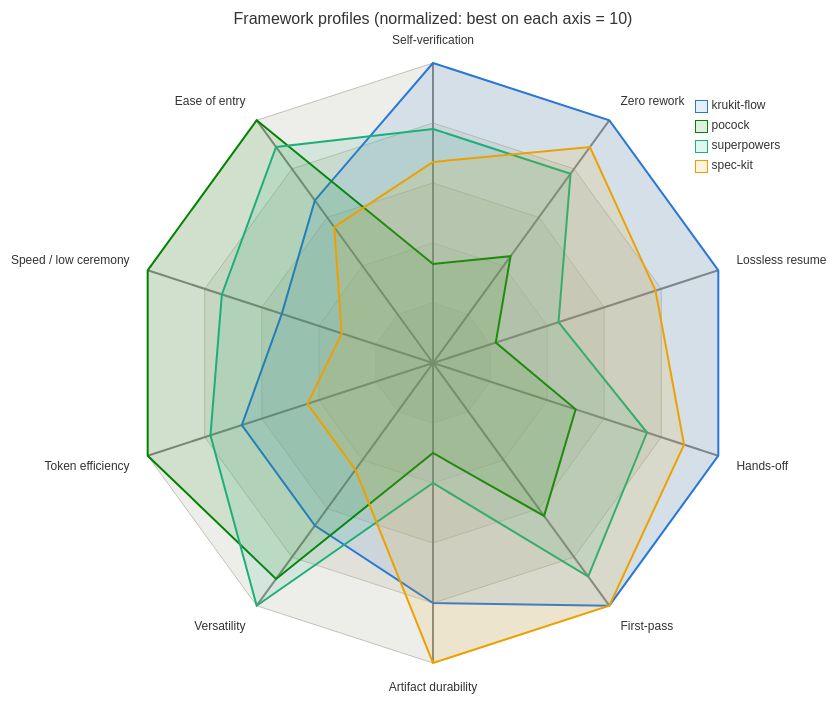
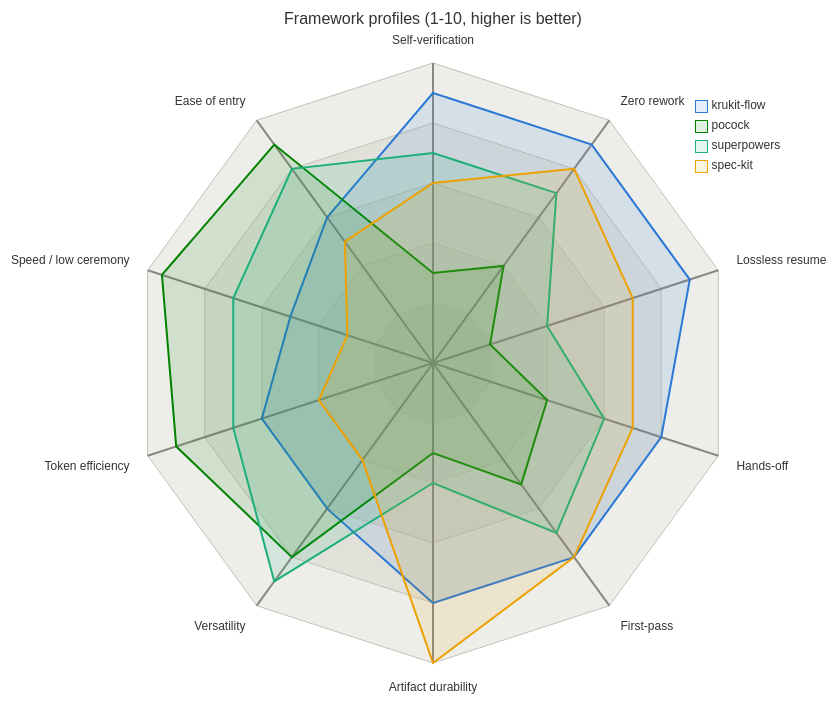
Before and after one commit to Todmy/krukit-flow: the diagram in README.md, drawn with Mermaid. The commit also changed other lines of this file, not shown here.

Commit message:
README radar: absolute 1-10 scores instead of per-axis normalization

````diff
--- a/README.md
+++ b/README.md
@@ -9,26 +9,26 @@
 ```mermaid
 ---
 config:
   theme: base
   themeVariables:
     cScale0: "#2a78d6"
     cScale1: "#008300"
     cScale2: "#1baf7a"
     cScale3: "#eda100"
     radar:
       curveOpacity: 0.12
       graticuleColor: "#c3c2b7"
       axisColor: "#898781"
 ---
 radar-beta
-  title Framework profiles (normalized: best on each axis = 10)
+  title Framework profiles (1-10, higher is better)
   axis sv["Self-verification"], zr["Zero rework"], lr["Lossless resume"], ho["Hands-off"], fp["First-pass"]
   axis ad["Artifact durability"], vs["Versatility"], te["Token efficiency"], sl["Speed / low ceremony"], ee["Ease of entry"]
-  curve k["krukit-flow"]{10, 10, 10, 10, 10, 8, 6.7, 6.7, 5.3, 6.7}
-  curve p["pocock"]{3.3, 4.4, 2.2, 5, 6.3, 3, 8.9, 10, 10, 10}
-  curve s["superpowers"]{7.8, 7.8, 4.4, 7.5, 8.8, 4, 10, 7.8, 7.4, 8.9}
-  curve g["spec-kit"]{6.7, 8.9, 7.8, 8.8, 10, 10, 4.4, 4.4, 3.2, 5.6}
+  curve k["krukit-flow"]{9, 9, 9, 8, 8, 8, 6, 6, 5, 6}
+  curve p["pocock"]{3, 4, 2, 4, 5, 3, 8, 9, 9.5, 9}
+  curve s["superpowers"]{7, 7, 4, 6, 7, 4, 9, 7, 7, 8}
+  curve g["spec-kit"]{6, 8, 7, 7, 8, 10, 4, 4, 3, 5}
   max 10
   min 0
   graticule polygon
 ```
````
